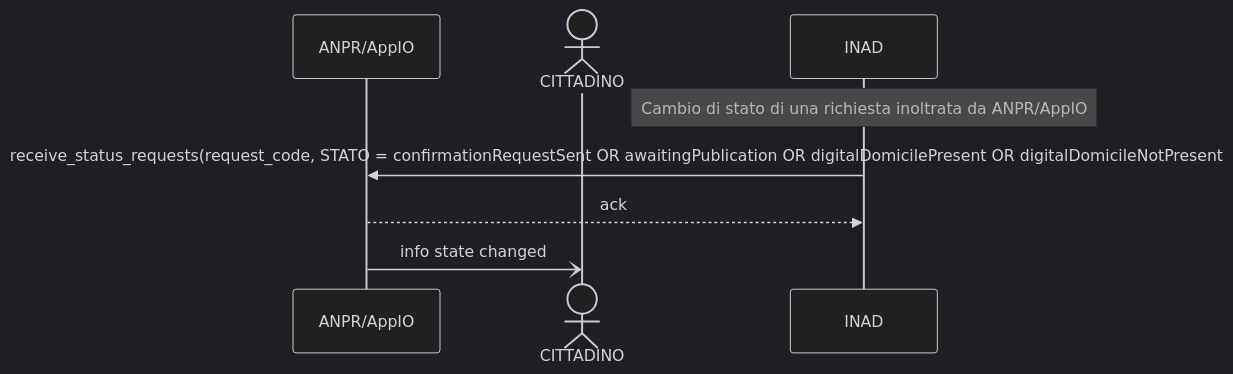
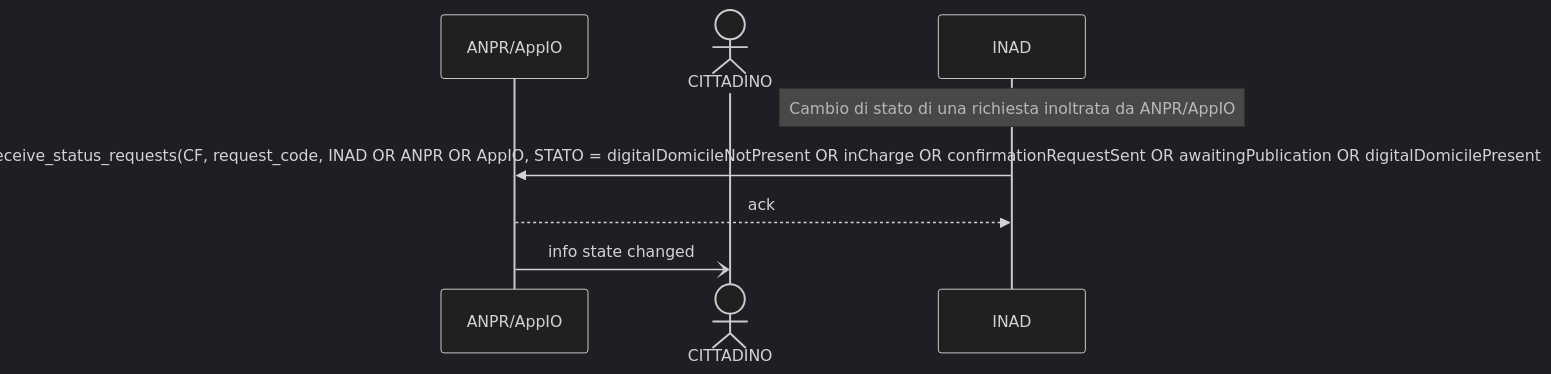
One commit to ioggstream/verify_integration_INAD_with_ANPR-IO changed the diagram in mermind/UC007.md. Above: the diagram before and after it, drawn with Mermaid (dark theme). The commit also changed 8 other files, not shown here.

````diff
--- a/mermind/UC007.md
+++ b/mermind/UC007.md
@@ -3,13 +3,13 @@
 ```mermaid
  sequenceDiagram
   participant A as ANPR/AppIO
   actor C as CITTADINO
   participant I as INAD
 
   Note over I: Cambio di stato di una richiesta inoltrata da ANPR/AppIO
 
-  I ->> A: receive_status_requests(request_code, STATO = confirmationRequestSent OR  awaitingPublication OR digitalDomicilePresent OR digitalDomicileNotPresent
+  I ->> A: receive_status_requests(CF, request_code, INAD OR ANPR OR AppIO, STATO = digitalDomicileNotPresent OR inCharge OR confirmationRequestSent OR awaitingPublication OR digitalDomicilePresent
   A -->> I: ack
   A -) C: info state changed 
 
 ```
````
